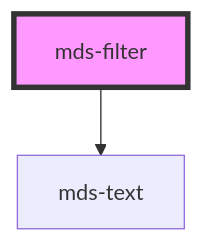
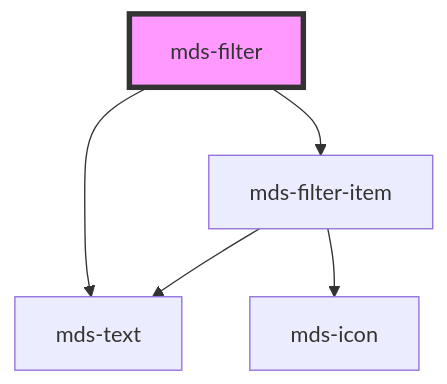
Before and after one commit to magma-design-system/magma: the diagram in projects/stencil/src/components/mds-filter/readme.md, drawn with Mermaid. The commit also changed other lines of this file and 4 other files, not shown here.

Commit message:
feat(mds-filter): add reset action

````diff
--- a/projects/stencil/src/components/mds-filter/readme.md
+++ b/projects/stencil/src/components/mds-filter/readme.md
@@ -43,5 +45,8 @@
 ```mermaid
 graph TD;
   mds-filter --> mds-text
+  mds-filter --> mds-filter-item
+  mds-filter-item --> mds-icon
+  mds-filter-item --> mds-text
   style mds-filter fill:#f9f,stroke:#333,stroke-width:4px
 ```
````
